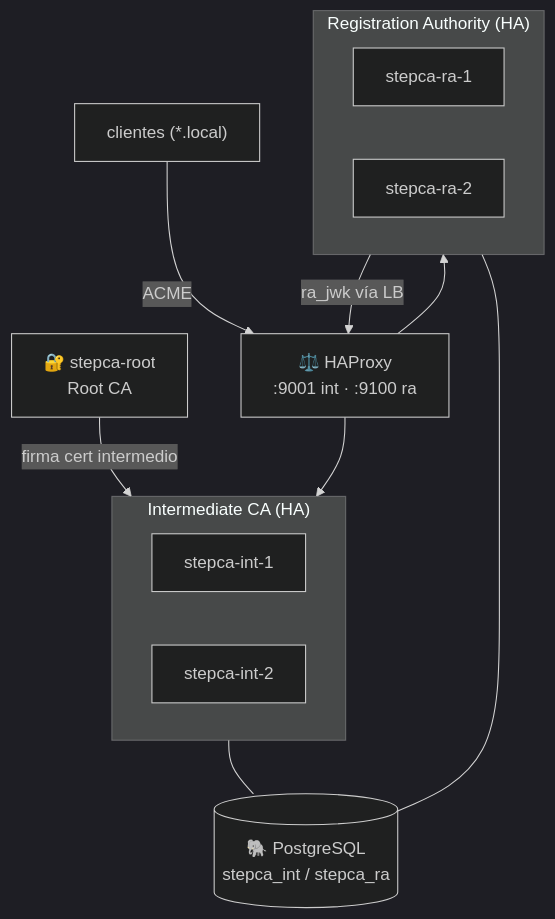
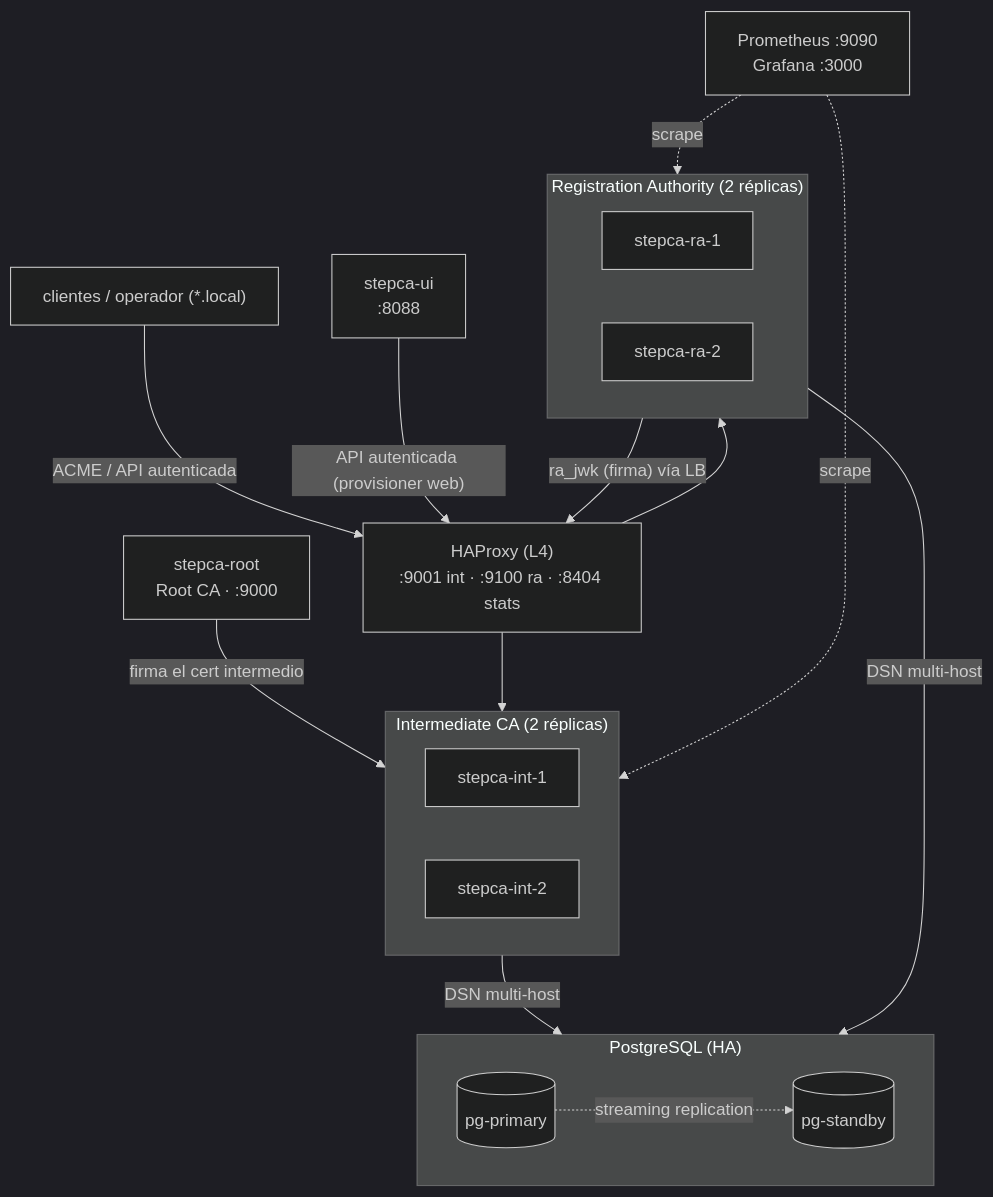
The diagram in README.md (iriartmaxim/stepca-docker), drawn with Mermaid (dark theme) before and after one commit. The commit also changed other lines of this file, not shown here.

````diff
--- a/README.md
+++ b/README.md
@@ -8,19 +61,28 @@
 ```mermaid
 flowchart TD
-    R["🔐 stepca-root<br/>Root CA"]
-    subgraph INT["Intermediate CA (HA)"]
+    subgraph DB["PostgreSQL (HA)"]
+      PGP[("pg-primary")]; PGS[("pg-standby")]
+      PGP -. "streaming replication" .-> PGS
+    end
+    R["stepca-root<br/>Root CA · :9000"]
+    subgraph INT["Intermediate CA (2 réplicas)"]
       I1["stepca-int-1"]; I2["stepca-int-2"]
     end
-    subgraph RAS["Registration Authority (HA)"]
+    subgraph RAS["Registration Authority (2 réplicas)"]
       A1["stepca-ra-1"]; A2["stepca-ra-2"]
     end
-    LB["⚖️ HAProxy<br/>:9001 int · :9100 ra"]
-    PG[("🐘 PostgreSQL<br/>stepca_int / stepca_ra")]
-    R -- "firma cert intermedio" --> INT
+    LB["HAProxy (L4)<br/>:9001 int · :9100 ra · :8404 stats"]
+    UI["stepca-ui<br/>:8088"]
+    OBS["Prometheus :9090<br/>Grafana :3000"]
+
+    R -- "firma el cert intermedio" --> INT
+    INT -- "DSN multi-host" --> DB
+    RAS -- "DSN multi-host" --> DB
     LB --> INT
     LB --> RAS
-    RAS -- "ra_jwk vía LB" --> LB
-    INT --- PG
-    RAS --- PG
-    C["clientes (*.local)"] -- "ACME" --> LB
+    RAS -- "ra_jwk (firma) vía LB" --> LB
+    CLI["clientes / operador (*.local)"] -- "ACME / API autenticada" --> LB
+    UI -- "API autenticada (provisioner web)" --> LB
+    OBS -. "scrape" .-> INT
+    OBS -. "scrape" .-> RAS
 ```
````
